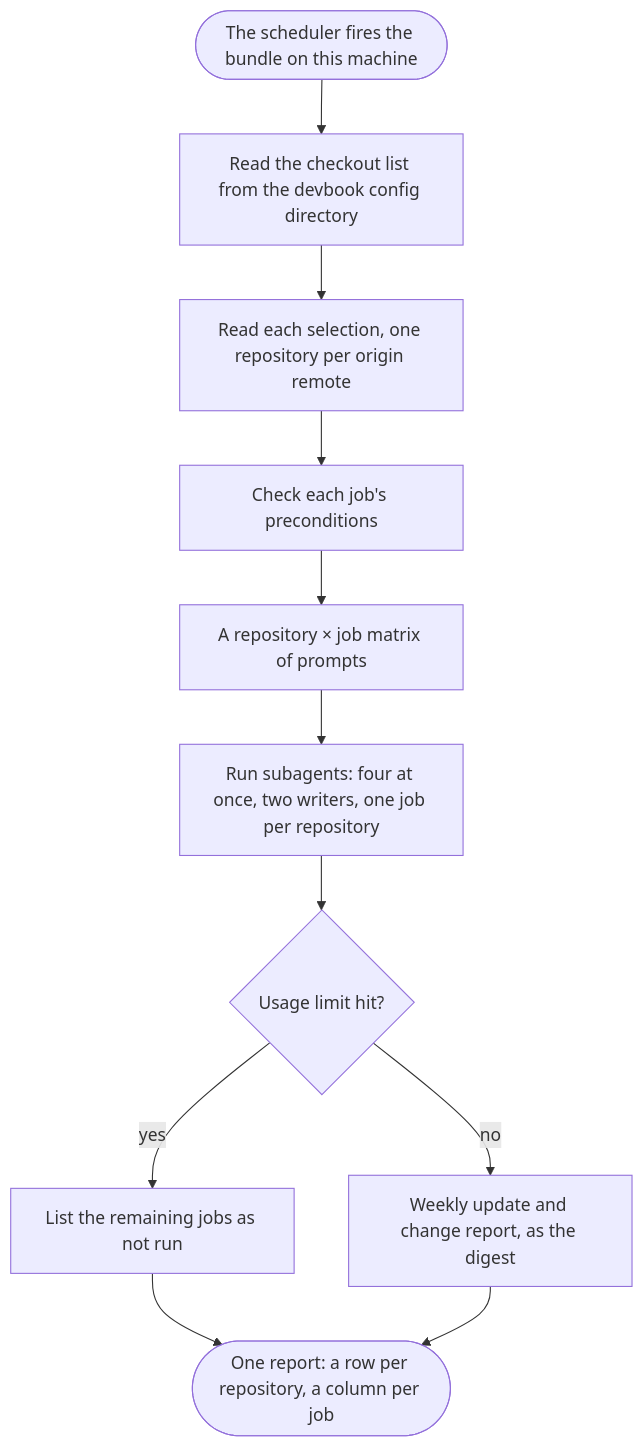
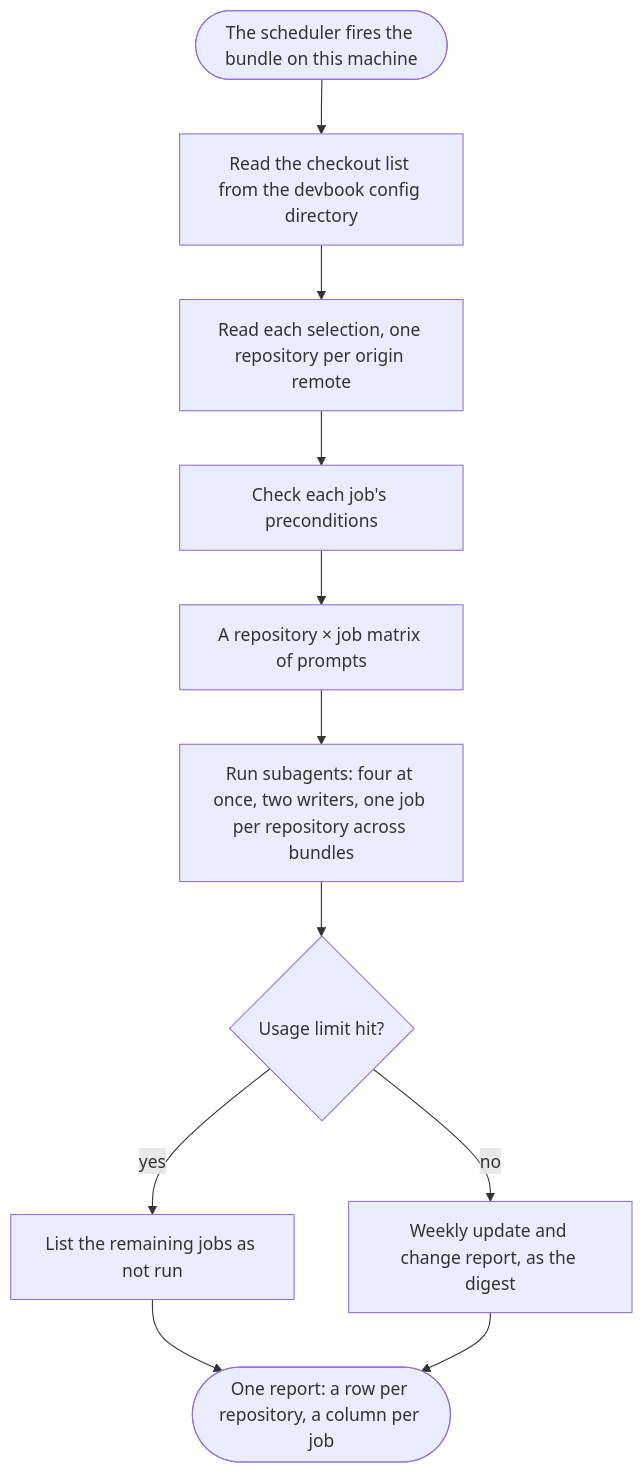
The fourth of 4 diagrams in .devbook/arc42/building-blocks/delivery-schedule.md (JSdotNet/devbook), drawn with Mermaid before and after one commit. The commit also changed other lines of this file and 2 other files, not shown here.

First line of the commit message:
docs(arc42): run merge review and issue sweep as weekday bundles

````diff
--- a/.devbook/arc42/building-blocks/delivery-schedule.md
+++ b/.devbook/arc42/building-blocks/delivery-schedule.md
@@ -477,13 +483,13 @@
 ```mermaid
 flowchart TD
     fire(["The scheduler fires the bundle on this machine"]) --> list["Read the checkout list from the devbook config directory"]
     list --> dedupe["Read each selection, one repository per origin remote"]
     dedupe --> pre["Check each job's preconditions"]
     pre --> matrix["A repository × job matrix of prompts"]
-    matrix --> run["Run subagents: four at once, two writers, one job per repository"]
+    matrix --> run["Run subagents: four at once, two writers, one job per repository across bundles"]
     run --> limit{"Usage limit hit?"}
     limit -->|yes| notrun["List the remaining jobs as not run"]
     limit -->|no| digest["Weekly update and change report, as the digest"]
     notrun --> report
     digest --> report(["One report: a row per repository, a column per job"])
 ```
````
